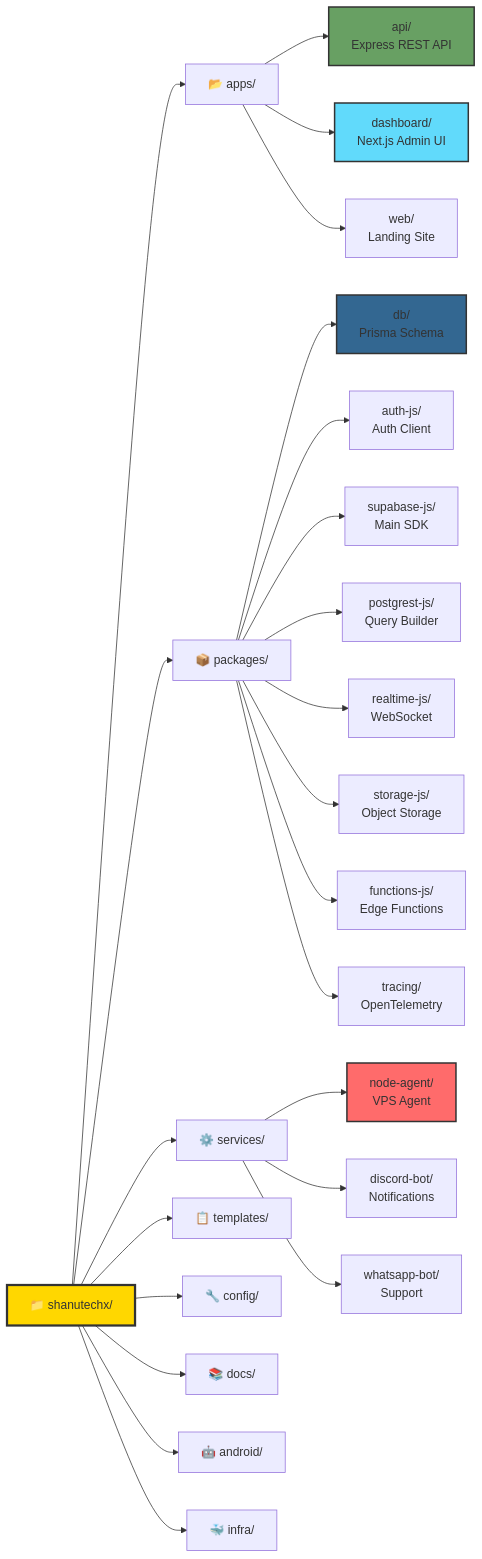
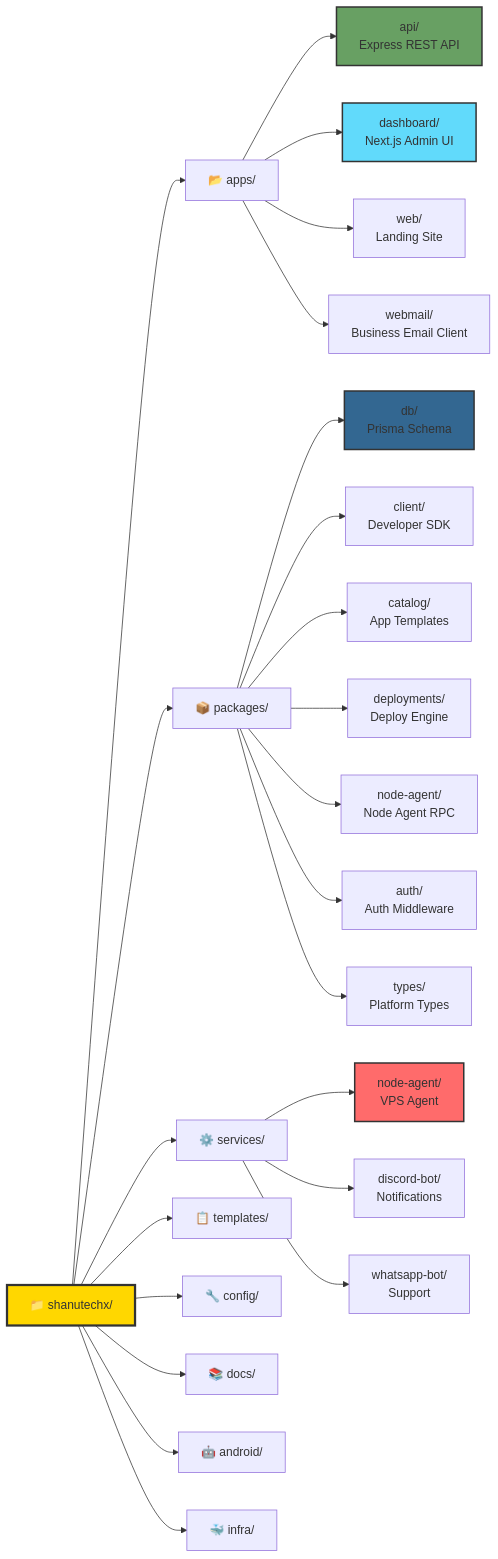
Before and after one commit to ShanudhaTirosh/Shanutechx-hostingplatfrom: the second of 14 diagrams in docs/PROJECT_GRAPH.md, drawn with Mermaid. The commit also changed other lines of this file and 9 other files, not shown here.

Commit message:
docs: synchronize monorepo documentation with 7 core packages and GitHub app setup

````diff
--- a/docs/PROJECT_GRAPH.md
+++ b/docs/PROJECT_GRAPH.md
@@ -90,36 +90,36 @@
 ```mermaid
 graph LR
     Root[📁 shanutechx/]
     
     Root --> Apps[📂 apps/]
     Root --> Packages[📦 packages/]
     Root --> Services[⚙️ services/]
     Root --> Templates[📋 templates/]
     Root --> Config[🔧 config/]
     Root --> Docs[📚 docs/]
     Root --> Android[🤖 android/]
     Root --> Infra[🐳 infra/]
     
     Apps --> API[api/<br/>Express REST API]
     Apps --> Dash[dashboard/<br/>Next.js Admin UI]
     Apps --> WebSite[web/<br/>Landing Site]
+    Apps --> Webmail[webmail/<br/>Business Email Client]
     
     Packages --> DBPkg[db/<br/>Prisma Schema]
-    Packages --> AuthJS[auth-js/<br/>Auth Client]
-    Packages --> SupaJS[supabase-js/<br/>Main SDK]
-    Packages --> PostgREST[postgrest-js/<br/>Query Builder]
-    Packages --> Realtime[realtime-js/<br/>WebSocket]
-    Packages --> Storage[storage-js/<br/>Object Storage]
-    Packages --> Functions[functions-js/<br/>Edge Functions]
-    Packages --> Tracing[tracing/<br/>OpenTelemetry]
+    Packages --> ClientPkg[client/<br/>Developer SDK]
+    Packages --> CatalogPkg[catalog/<br/>App Templates]
+    Packages --> DeployPkg[deployments/<br/>Deploy Engine]
+    Packages --> AgentPkg[node-agent/<br/>Node Agent RPC]
+    Packages --> AuthPkg[auth/<br/>Auth Middleware]
+    Packages --> TypesPkg[types/<br/>Platform Types]
     
     Services --> Agent[node-agent/<br/>VPS Agent]
     Services --> DiscordBot[discord-bot/<br/>Notifications]
     Services --> WhatsAppBot[whatsapp-bot/<br/>Support]
     
     style Root fill:#ffd700,stroke:#333,stroke-width:3px
     style API fill:#68a063,stroke:#333,stroke-width:2px
     style Dash fill:#61dafb,stroke:#333,stroke-width:2px
     style DBPkg fill:#336791,stroke:#333,stroke-width:2px
     style Agent fill:#ff6b6b,stroke:#333,stroke-width:2px
 ```
````
